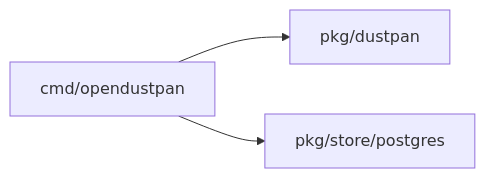
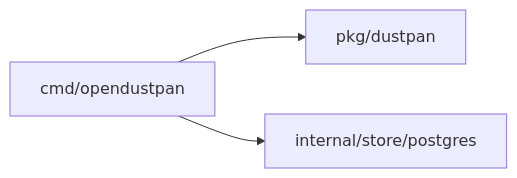
The diagram in openspec/changes/sdk-guide-for-embedders/design.md (OpenDustpan/OpenDustpan), drawn with Mermaid before and after one commit. The commit also changed 90 other files, not shown here.

First line of the commit message:
Fix store paths in open changes: pkg/store/{sqlite,postgres,internal} to internal/store

````diff
--- a/openspec/changes/sdk-guide-for-embedders/design.md
+++ b/openspec/changes/sdk-guide-for-embedders/design.md
@@ -23,8 +23,8 @@
 ```mermaid
 flowchart LR
 P1[cmd/opendustpan]
 P2[pkg/dustpan]
-P3[pkg/store/postgres]
+P3[internal/store/postgres]
 P1 --> P2
 P1 --> P3
 ```
````
